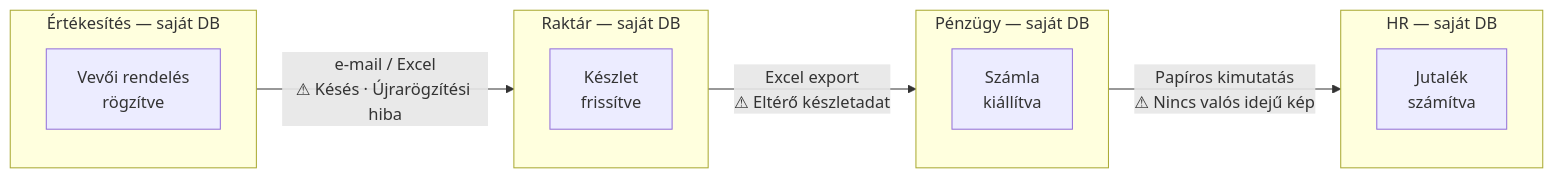
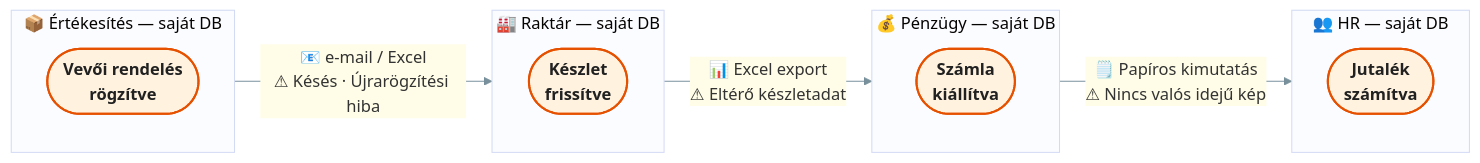
One commit to denespocsik/MM_BSC_Zarovizsga changed the second of 2 diagrams in Tételek/V11-GMXIV2MBLF-Informatikai fejlődés és szigetrendszerek.tétel.md. Above: the diagram before and after it, drawn with Mermaid. The commit also changed other lines of this file and 4 other files, not shown here.

First line of the commit message:
docs(záróvizsga): modernize Mermaid diagrams in V11–V15, enrich GMXIV2MBLF content

````diff
--- a/Tételek/V11-GMXIV2MBLF-Informatikai fejlődés és szigetrendszerek.tétel.md
+++ b/Tételek/V11-GMXIV2MBLF-Informatikai fejlődés és szigetrendszerek.tétel.md
@@ -56,19 +57,22 @@
 ```mermaid
+%%{init: {'theme': 'base', 'themeVariables': {'primaryColor': '#FFF8E1', 'primaryBorderColor': '#E65100', 'lineColor': '#78909C', 'edgeLabelBackground': '#FFFDE7'}}}%%
 flowchart LR
-    subgraph Ert["Értékesítés — saját DB"]
-        SO["Vevői rendelés\nrögzítve"]
+    classDef proc fill:#FFF3E0,stroke:#E65100,stroke-width:2px,color:#212121,font-weight:bold
+
+    subgraph Ert["📦 Értékesítés — saját DB"]
+        SO(["Vevői rendelés\nrögzítve"]):::proc
     end
-    subgraph Rak["Raktár — saját DB"]
-        GI["Készlet\nfrissítve"]
+    subgraph Rak["🏭 Raktár — saját DB"]
+        GI(["Készlet\nfrissítve"]):::proc
     end
-    subgraph Pen["Pénzügy — saját DB"]
-        INV["Számla\nkiállítva"]
+    subgraph Pen["💰 Pénzügy — saját DB"]
+        INV(["Számla\nkiállítva"]):::proc
     end
-    subgraph HR_["HR — saját DB"]
-        PAY["Jutalék\nszámítva"]
+    subgraph HR_["👥 HR — saját DB"]
+        PAY(["Jutalék\nszámítva"]):::proc
     end
 
-    Ert -->|"e-mail / Excel\n⚠ Késés · Újrarögzítési hiba"| Rak
-    Rak -->|"Excel export\n⚠ Eltérő készletadat"| Pen
-    Pen -->|"Papíros kimutatás\n⚠ Nincs valós idejű kép"| HR_
+    Ert -->|"📧 e-mail / Excel\n⚠ Késés · Újrarögzítési hiba"| Rak
+    Rak -->|"📊 Excel export\n⚠ Eltérő készletadat"| Pen
+    Pen -->|"🗒️ Papíros kimutatás\n⚠ Nincs valós idejű kép"| HR_
 ```
````
